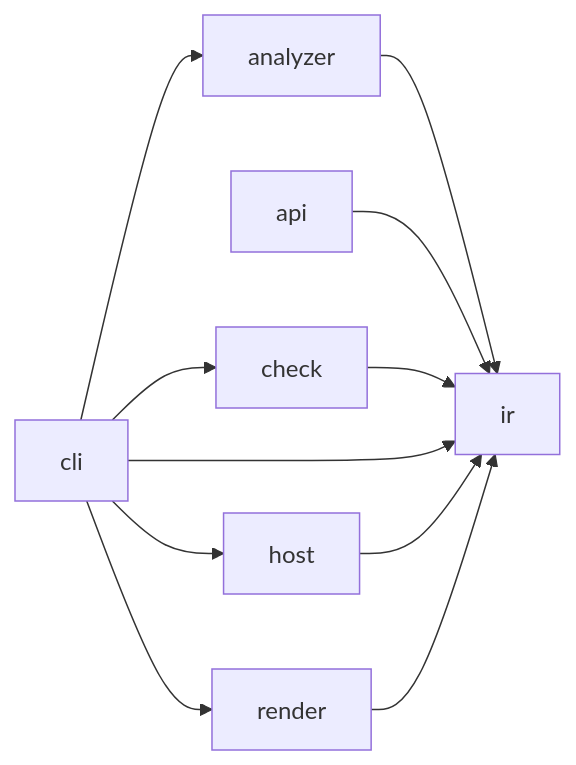
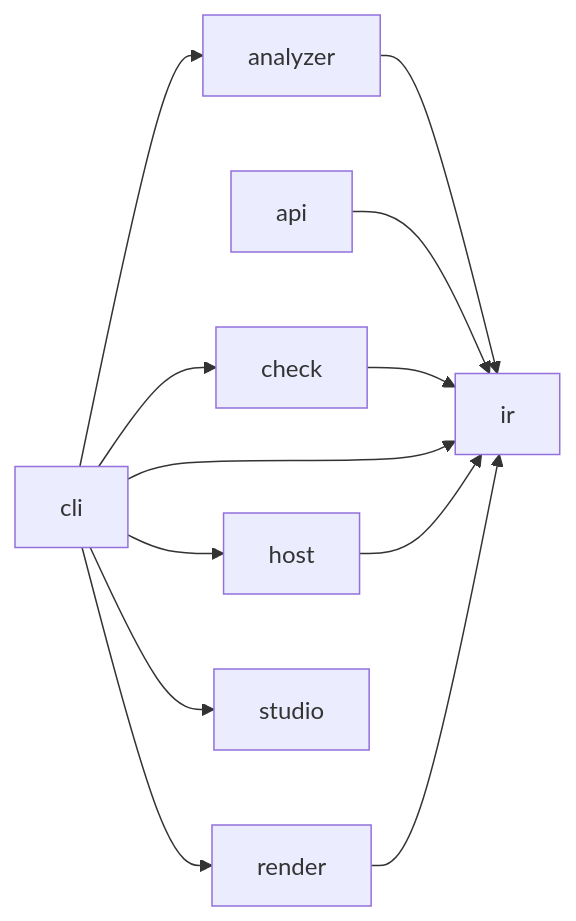
One commit to rapiddweller/archkeel changed the first of 2 diagrams in docs/architecture/archkeel.md. Above: the diagram before and after it, drawn with Mermaid. The commit also changed other lines of this file and 16 other files, not shown here.

````diff
--- a/docs/architecture/archkeel.md
+++ b/docs/architecture/archkeel.md
@@ -20,13 +20,14 @@
 ```mermaid
 flowchart LR
     analyzer --> ir
     api --> ir
     check --> ir
     cli --> analyzer
     cli --> check
     cli --> host
     cli --> ir
     cli --> render
+    cli --> studio
     host --> ir
     render --> ir
 ```
````
